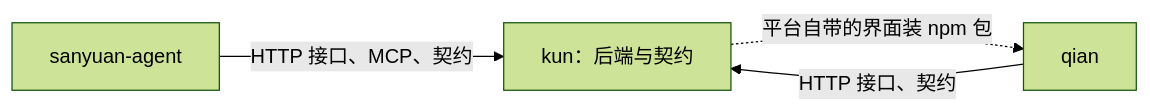
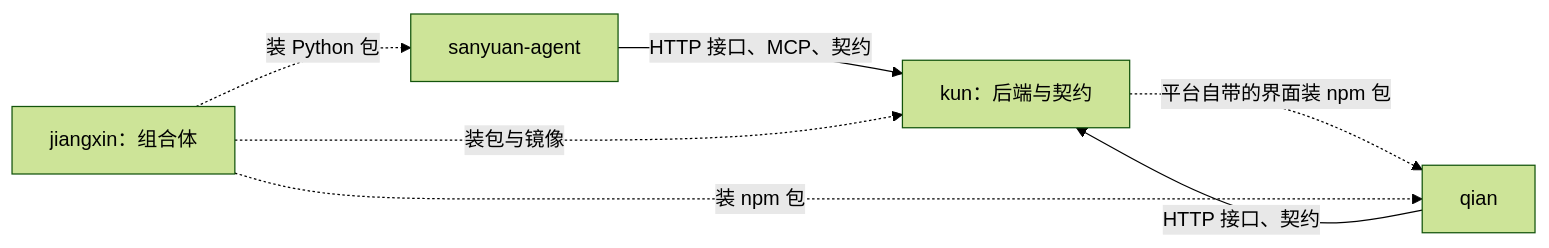
The diagram in docs/05-repositories.md (CavaiLAB/jiangxin), drawn with Mermaid (forest theme) before and after one commit. The commit also changed other lines of this file and 21 other files, not shown here.

````diff
--- a/docs/05-repositories.md
+++ b/docs/05-repositories.md
@@ -70,9 +101,13 @@
 ```mermaid
 flowchart LR
   K["kun：后端与契约"]
   Q["qian"]
   S["sanyuan-agent"]
+  J["jiangxin：组合体"]
   Q -->|"HTTP 接口、契约"| K
   S -->|"HTTP 接口、MCP、契约"| K
   K -.->|"平台自带的界面装 npm 包"| Q
+  J -.->|"装包与镜像"| K
+  J -.->|"装 npm 包"| Q
+  J -.->|"装 Python 包"| S
 ```
````
